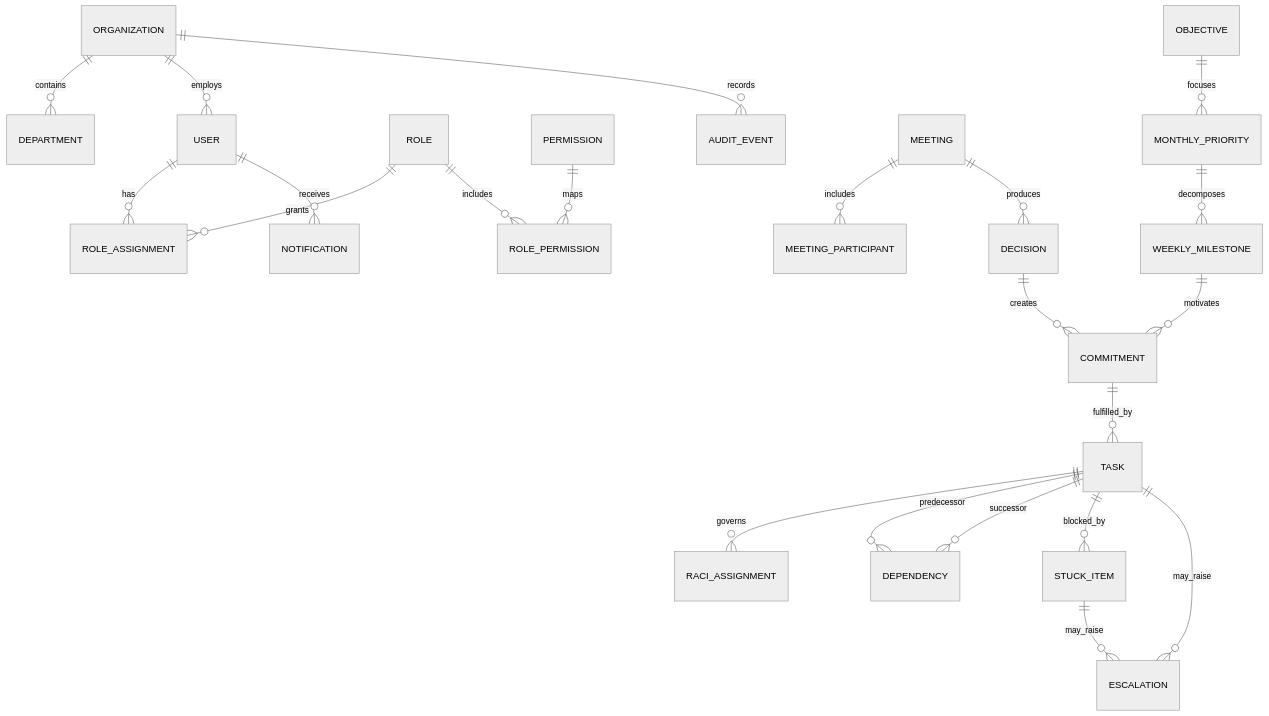
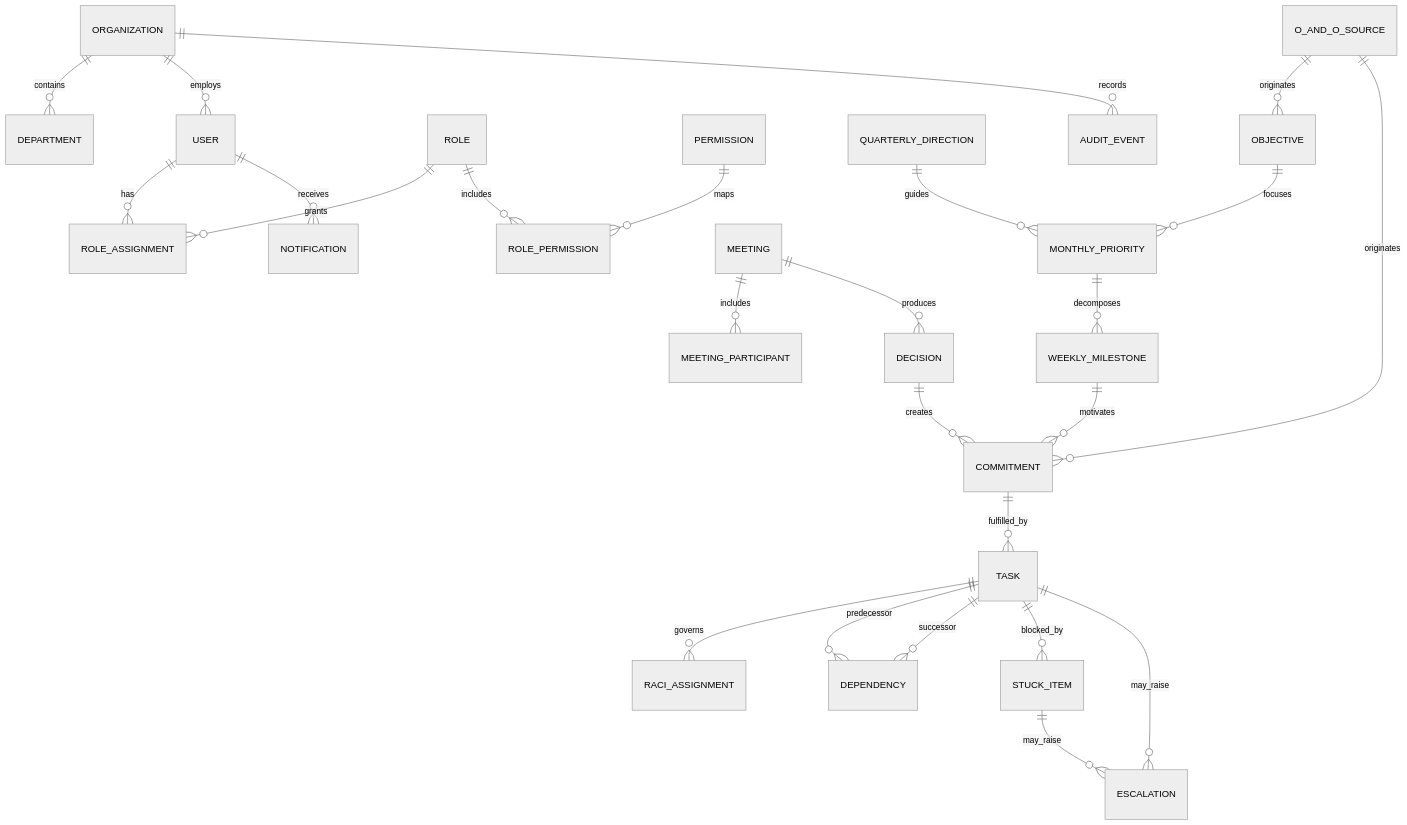
One commit to HB2810/Lakshya changed the diagram in docs/architecture/DOMAIN_MODEL.md. Above: the diagram before and after it, drawn with Mermaid (neutral theme). The commit also changed other lines of this file and 14 other files, not shown here.

Commit message:
docs: reconcile architecture with Stavya business rules

````diff
--- a/docs/architecture/DOMAIN_MODEL.md
+++ b/docs/architecture/DOMAIN_MODEL.md
@@ -15,24 +15,27 @@
 ```mermaid
 erDiagram
     ORGANIZATION ||--o{ DEPARTMENT : contains
     ORGANIZATION ||--o{ USER : employs
     USER ||--o{ ROLE_ASSIGNMENT : has
     ROLE ||--o{ ROLE_ASSIGNMENT : grants
     ROLE ||--o{ ROLE_PERMISSION : includes
     PERMISSION ||--o{ ROLE_PERMISSION : maps
+    QUARTERLY_DIRECTION ||--o{ MONTHLY_PRIORITY : guides
     OBJECTIVE ||--o{ MONTHLY_PRIORITY : focuses
     MONTHLY_PRIORITY ||--o{ WEEKLY_MILESTONE : decomposes
     WEEKLY_MILESTONE ||--o{ COMMITMENT : motivates
     MEETING ||--o{ MEETING_PARTICIPANT : includes
     MEETING ||--o{ DECISION : produces
     DECISION ||--o{ COMMITMENT : creates
     COMMITMENT ||--o{ TASK : fulfilled_by
+    O_AND_O_SOURCE ||--o{ OBJECTIVE : originates
+    O_AND_O_SOURCE ||--o{ COMMITMENT : originates
     TASK ||--o{ RACI_ASSIGNMENT : governs
     TASK ||--o{ DEPENDENCY : predecessor
     TASK ||--o{ DEPENDENCY : successor
     TASK ||--o{ STUCK_ITEM : blocked_by
     STUCK_ITEM ||--o{ ESCALATION : may_raise
     TASK ||--o{ ESCALATION : may_raise
     USER ||--o{ NOTIFICATION : receives
     ORGANIZATION ||--o{ AUDIT_EVENT : records
 ```
````
